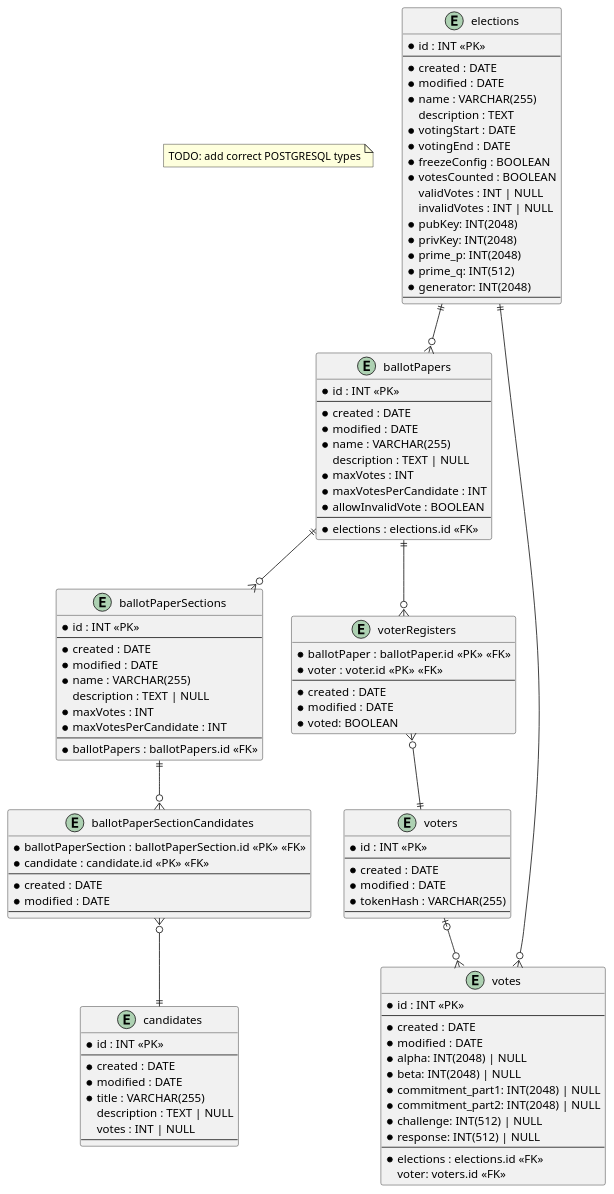
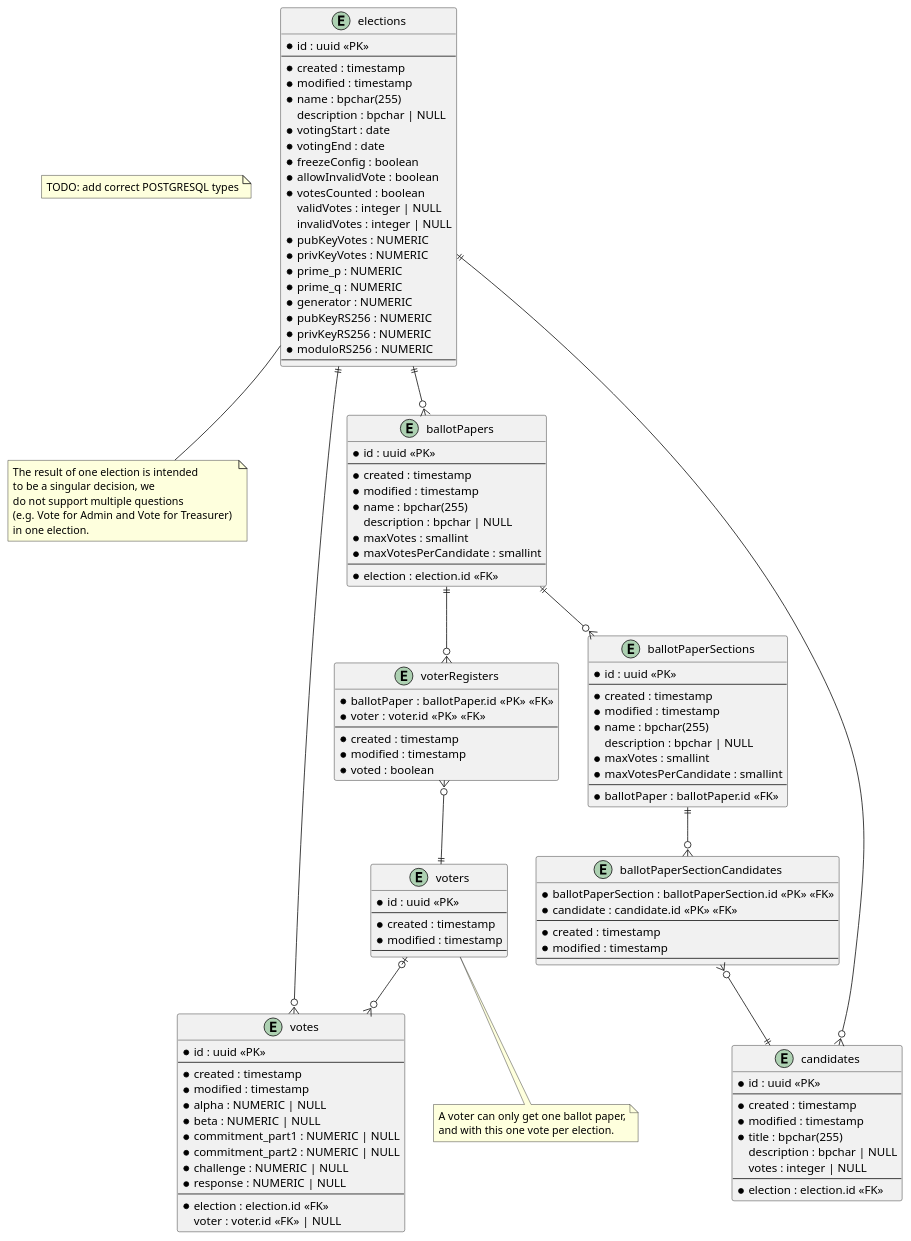
The diagram in apps/docs/static/uml/dataModel.puml (SE-UUlm/votura), drawn with PlantUML before and after one commit.

Commit message:
#43: update database model
- Types now are PostgreSQL types to better represent the used database.
- Moved allowInvalidVotes to elections table as either everyone is allowed to make invalid votes or noone is.
- tokenHash is not needed as tokens do not need to be saved and can be verified using the RS256 keys

```diff
--- a/apps/docs/static/uml/dataModel.puml
+++ b/apps/docs/static/uml/dataModel.puml
@@ -1,127 +1,146 @@
 @startuml dataModel
 
 note as N1
 TODO: add correct POSTGRESQL types
 end note
 
 entity "elections" as elections {
-    * id : INT <<PK>>
+    * id : uuid <<PK>>
     --
-    * created : DATE
-    * modified : DATE
-    * name : VARCHAR(255)
-    description : TEXT
-    * votingStart : DATE
-    * votingEnd : DATE
-    * freezeConfig : BOOLEAN
-    * votesCounted : BOOLEAN
+    * created : timestamp
+    * modified : timestamp
+    * name : bpchar(255)
+    description : bpchar | NULL
+    * votingStart : date
+    * votingEnd : date
+    * freezeConfig : boolean
+    * allowInvalidVote : boolean
+    * votesCounted : boolean
     ' Computed values such as validVotes and invalidVotes are critical - do we really want to store them?
-    validVotes : INT | NULL
-    invalidVotes : INT | NULL
-    * pubKey: INT(2048)
-    * privKey: INT(2048)
-    * prime_p: INT(2048) 
-    * prime_q: INT(512)
-    * generator: INT(2048)
+    validVotes : integer | NULL
+    invalidVotes : integer | NULL
+    * pubKeyVotes : NUMERIC
+    * privKeyVotes : NUMERIC
+    * prime_p : NUMERIC 
+    * prime_q : NUMERIC
+    * generator : NUMERIC
+    * pubKeyRS256 : NUMERIC
+    * privKeyRS256 : NUMERIC
+    * moduloRS256 : NUMERIC
     --
 }
 
+note as N2
+The result of one election is intended 
+to be a singular decision, we 
+do not support multiple questions 
+(e.g. Vote for Admin and Vote for Treasurer) 
+in one election.
+end note
+
 entity "ballotPapers" as ballotPapers {
-    * id : INT <<PK>>
+    * id : uuid <<PK>>
     --
-    * created : DATE
-    * modified : DATE
-    * name : VARCHAR(255)
-    description : TEXT | NULL
-    * maxVotes : INT
-    * maxVotesPerCandidate : INT
-    * allowInvalidVote : BOOLEAN
+    * created : timestamp
+    * modified : timestamp
+    * name : bpchar(255)
+    description : bpchar | NULL
+    * maxVotes : smallint
+    * maxVotesPerCandidate : smallint
     --
-    * elections : elections.id <<FK>>
+    * election : election.id <<FK>>
 }
 
 entity "ballotPaperSections" as ballotPaperSections {
-    * id : INT <<PK>>
+    * id : uuid <<PK>>
     --
-    * created : DATE
-    * modified : DATE
-    * name : VARCHAR(255)
-    description : TEXT | NULL
-    * maxVotes : INT
-    * maxVotesPerCandidate : INT
+    * created : timestamp
+    * modified : timestamp
+    * name : bpchar(255)
+    description : bpchar | NULL
+    * maxVotes : smallint
+    * maxVotesPerCandidate : smallint
     --
-    * ballotPapers : ballotPapers.id <<FK>>
+    * ballotPaper : ballotPaper.id <<FK>>
 }
 ' note as C_2
-' If at least two ballotPapers sections are created for one ballotPapers, 
-' the name field of the ballotPapers section is mandatory.
+' If at least two ballotPaperSections are created for one ballotPaper, 
+' the name field of the ballotPaperSections is mandatory.
 ' end note
 
 entity "ballotPaperSectionCandidates" as ballotPaperSectionCandidates {
     * ballotPaperSection : ballotPaperSection.id <<PK>> <<FK>>
     * candidate : candidate.id <<PK>> <<FK>>
     --
-    * created : DATE
-    * modified : DATE
+    * created : timestamp
+    * modified : timestamp
     --
 }
 
 entity "candidates" as candidates {
-    * id : INT <<PK>>
+    * id : uuid <<PK>>
     --
-    * created : DATE
-    * modified : DATE
-    * title : VARCHAR(255)
-    description : TEXT | NULL
-    votes : INT | NULL
+    * created : timestamp
+    * modified : timestamp
+    * title : bpchar(255)
+    description : bpchar | NULL
+    votes : integer | NULL
     --
+    * election : election.id <<FK>>
 }
 
 entity "votes" as votes {
-    * id : INT <<PK>>
+    * id : uuid <<PK>>
     --
-    * created : DATE
-    * modified : DATE
-    * alpha: INT(2048) | NULL
-    * beta: INT(2048) | NULL
-    * commitment_part1: INT(2048) | NULL
-    * commitment_part2: INT(2048) | NULL
-    * challenge: INT(512) | NULL
-    * response: INT(512) | NULL
+    * created : timestamp
+    * modified : timestamp
+    * alpha : NUMERIC | NULL
+    * beta : NUMERIC | NULL
+    * commitment_part1 : NUMERIC | NULL
+    * commitment_part2 : NUMERIC | NULL
+    * challenge : NUMERIC | NULL
+    * response : NUMERIC | NULL
     --
-    * elections : elections.id <<FK>>
-    ' if the vote isn't secret voter can be saved
-    voter: voters.id <<FK>>
+    * election : election.id <<FK>>
+    ' if the vote isn't secret, voter can be saved
+    voter : voter.id <<FK>> | NULL
 }
 
 entity "voterRegisters" as voterRegisters {
     * ballotPaper : ballotPaper.id <<PK>> <<FK>>
     * voter : voter.id <<PK>> <<FK>>
     --
-    * created : DATE
-    * modified : DATE
-    * voted: BOOLEAN
+    * created : timestamp
+    * modified : timestamp
+    * voted : boolean
 }
 
 entity "voters" as voters {
-    * id : INT <<PK>>
+    * id : uuid <<PK>>
     --
-    * created : DATE
-    * modified : DATE
-    * tokenHash : VARCHAR(255)
+    * created : timestamp
+    * modified : timestamp
     --
 }
+note as N3
+A voter can only get one ballot paper,
+and with this one vote per election.
+end note
 
 
 elections ||--o{ ballotPapers
+elections -- N2
+elections ||--o{ candidates
 ballotPapers ||--o{ voterRegisters
 voterRegisters }o--|| voters
 ballotPapers ||--o{ ballotPaperSections
 ' ballotPaperSections -- C_2
 ballotPaperSections ||--o{ ballotPaperSectionCandidates
 ballotPaperSectionCandidates }o--|| candidates
 votes }o--|| elections
 voters |o--o{ votes
+voters -- N3
+
 
 
 @enduml
```
